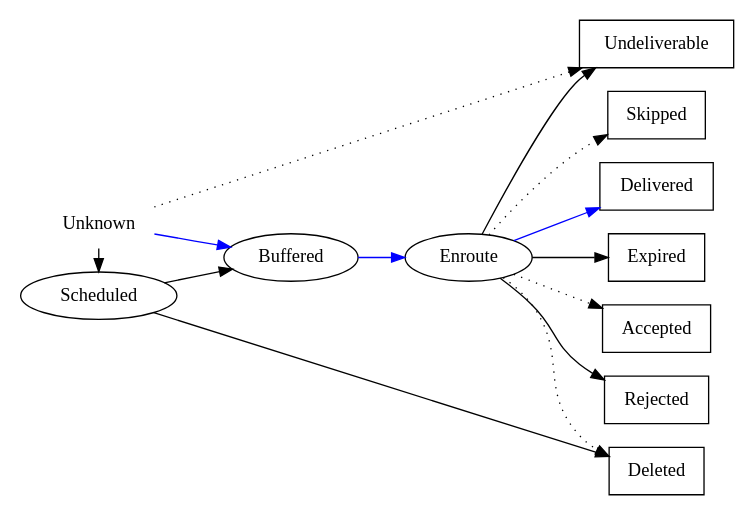
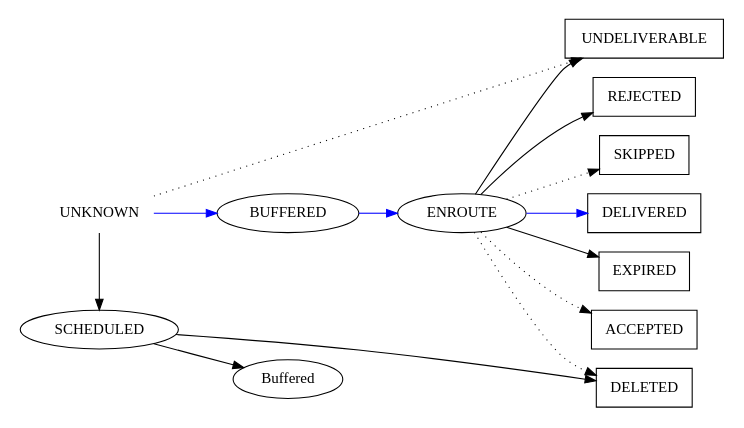
Before and after one commit to onlinecity/gatewayapi-docs: the first of 2 diagrams in docs/rest.rst, drawn with Graphviz. The commit also changed other lines of this file, not shown here.

```diff
--- a/docs/rest.rst
+++ b/docs/rest.rst
@@ -1029,25 +1029,25 @@
 .. graphviz::
 
    digraph foo {
       rankdir=LR;
       size=5;
-      Delivered [shape=box];
-      Expired [shape=box];
-      Deleted [shape=box];
-      Accepted [shape=box];
-      Rejected [shape=box];
-      Skipped [shape=box];
-      Unknown [shape=plaintext];
-      Undeliverable [shape=box];
-      Unknown -> Buffered -> Enroute -> Delivered [color=blue];
-      Unknown -> Undeliverable [style=dotted];
-      Unknown -> Scheduled -> Buffered;
-      Enroute -> Undeliverable;
-      Enroute -> Expired;
-      Scheduled -> Deleted;
-      Enroute -> Rejected;
-      Enroute -> Deleted [style=dotted];
-      Enroute -> Accepted [style=dotted];
-      Enroute -> Skipped [style=dotted];
-      { rank=same; Unknown Scheduled }
+      DELIVERED [shape=box];
+      EXPIRED [shape=box];
+      DELETED [shape=box];
+      ACCEPTED [shape=box];
+      REJECTED [shape=box];
+      SKIPPED [shape=box];
+      UNKNOWN [shape=plaintext];
+      UNDELIVERABLE [shape=box];
+      UNKNOWN -> BUFFERED -> ENROUTE -> DELIVERED [color=blue];
+      UNKNOWN -> UNDELIVERABLE [style=dotted];
+      UNKNOWN -> SCHEDULED -> Buffered;
+      ENROUTE -> UNDELIVERABLE;
+      ENROUTE -> EXPIRED;
+      SCHEDULED -> DELETED;
+      ENROUTE -> REJECTED;
+      ENROUTE -> DELETED [style=dotted];
+      ENROUTE -> ACCEPTED [style=dotted];
+      ENROUTE -> SKIPPED [style=dotted];
+      { rank=same; UNKNOWN SCHEDULED }
    }
```
